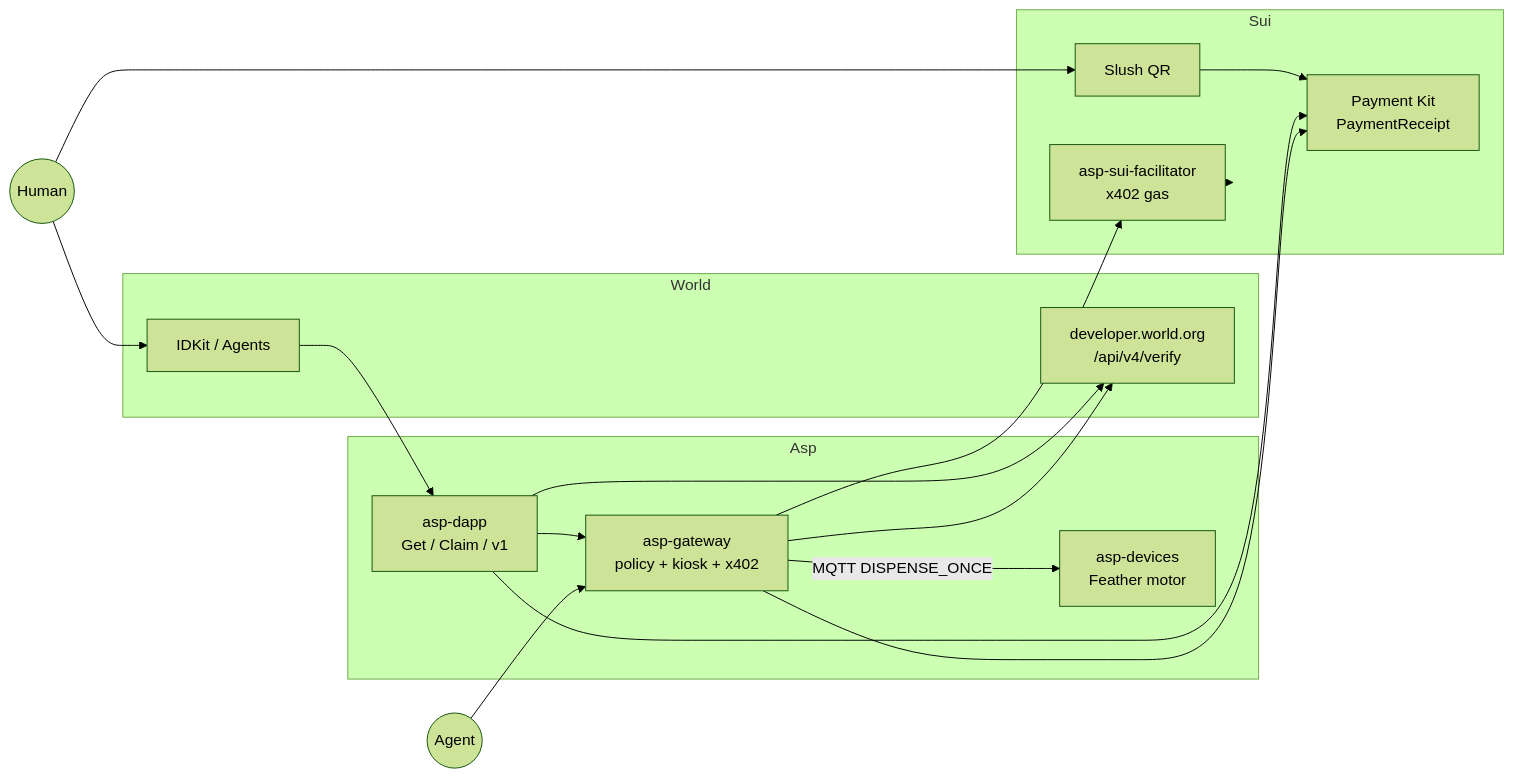
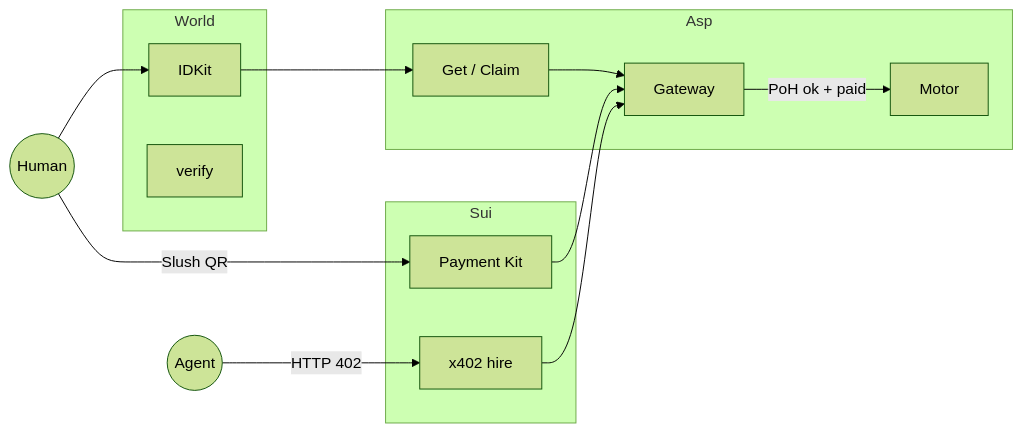
The first of 4 diagrams in README.md (altaga/AntiScalper-Protocol), drawn with Mermaid (forest theme) before and after one commit. The commit also changed other lines of this file, not shown here.

Commit message:
Retell Asp as hireable machines on Sui with a World fairness switch.

````diff
--- a/README.md
+++ b/README.md
@@ -42,33 +57,23 @@
 ```mermaid
 flowchart LR
   subgraph World["World"]
-    IDKit[IDKit / Agents]
-    Portal["developer.world.org<br/>/api/v4/verify"]
+    IDKit[IDKit]
+    Portal[verify]
   end
 
   subgraph Asp["Asp"]
-    Dapp["asp-dapp<br/>Get / Claim / v1"]
-    GW["asp-gateway<br/>policy + kiosk + x402"]
-    Dev["asp-devices<br/>Feather motor"]
+    Dapp["Get / Claim"]
+    GW[Gateway]
+    Dev[Motor]
   end
 
   subgraph Sui["Sui"]
-    PK["Payment Kit<br/>PaymentReceipt"]
-    Slush[Slush QR]
-    Fac["asp-sui-facilitator<br/>x402 gas"]
+    PK[Payment Kit]
+    X402[x402 hire]
   end
 
-  Human((Human)) --> IDKit
-  IDKit --> Dapp
-  Dapp --> Portal
-  Dapp --> GW
-  GW --> Portal
-  Human --> Slush
-  Slush --> PK
-  Dapp --> PK
-  GW --> PK
-  Agent((Agent)) --> GW
-  GW --> Fac
-  Fac --> Sui
-  GW -->|MQTT DISPENSE_ONCE| Dev
+  Human((Human)) --> IDKit --> Dapp --> GW
+  Human -->|Slush QR| PK --> GW
+  Agent((Agent)) -->|HTTP 402| X402 --> GW
+  GW -->|PoH ok + paid| Dev
 ```
````
